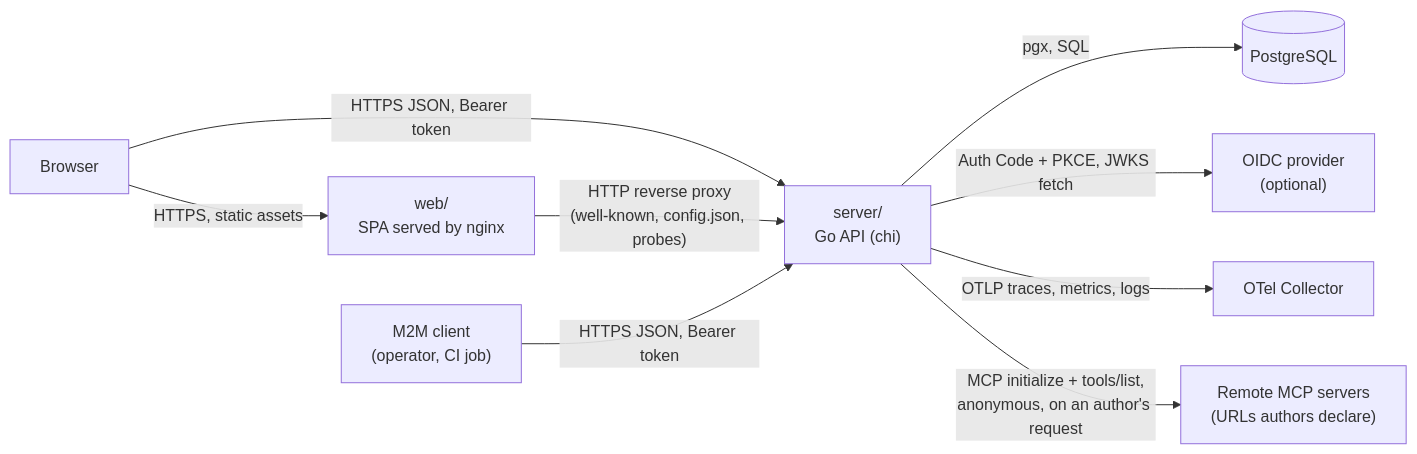
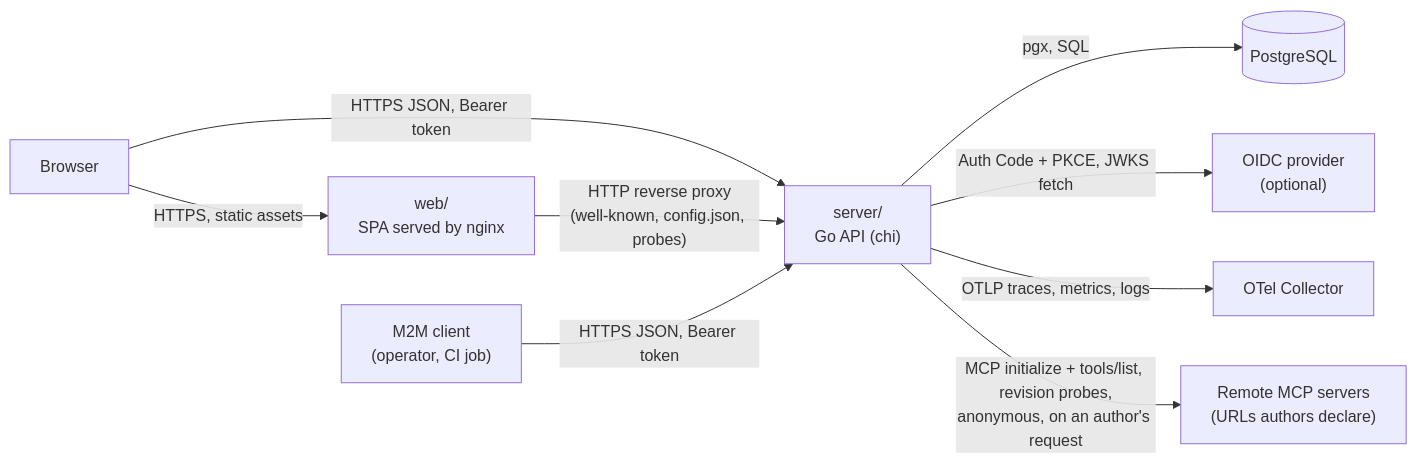
One commit to Haibread/ai-registry changed the first of 5 diagrams in ARCHITECTURE.md. Above: the diagram before and after it, drawn with Mermaid. The commit also changed other lines of this file and 20 other files, not shown here.

````diff
--- a/ARCHITECTURE.md
+++ b/ARCHITECTURE.md
@@ -16,20 +16,20 @@
 ```mermaid
 flowchart LR
     browser["Browser"]
     machine["M2M client<br/>(operator, CI job)"]
     web["web/<br/>SPA served by nginx"]
     server["server/<br/>Go API (chi)"]
     pg[("PostgreSQL")]
     idp["OIDC provider<br/>(optional)"]
     otel["OTel Collector"]
     mcpremote["Remote MCP servers<br/>(URLs authors declare)"]
 
     browser -->|"HTTPS, static assets"| web
     browser -->|"HTTPS JSON, Bearer token"| server
     web -->|"HTTP reverse proxy<br/>(well-known, config.json, probes)"| server
     machine -->|"HTTPS JSON, Bearer token"| server
     server -->|"pgx, SQL"| pg
     server -->|"Auth Code + PKCE, JWKS fetch"| idp
     server -->|"OTLP traces, metrics, logs"| otel
-    server -->|"MCP initialize + tools/list,<br/>anonymous, on an author's request"| mcpremote
+    server -->|"MCP initialize + tools/list, revision probes,<br/>anonymous, on an author's request"| mcpremote
 ```
````
